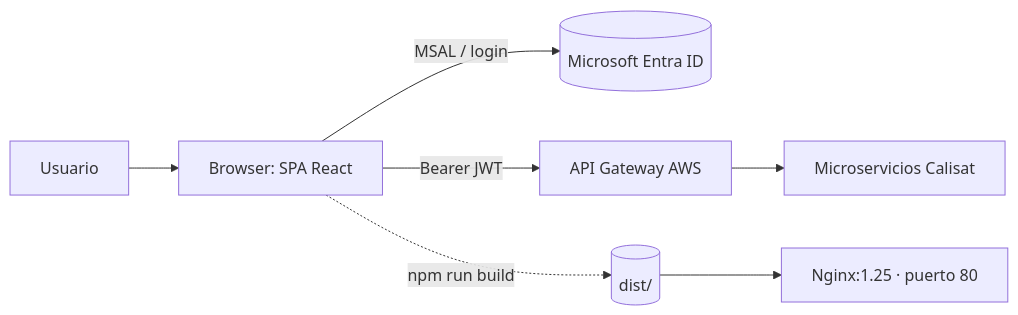
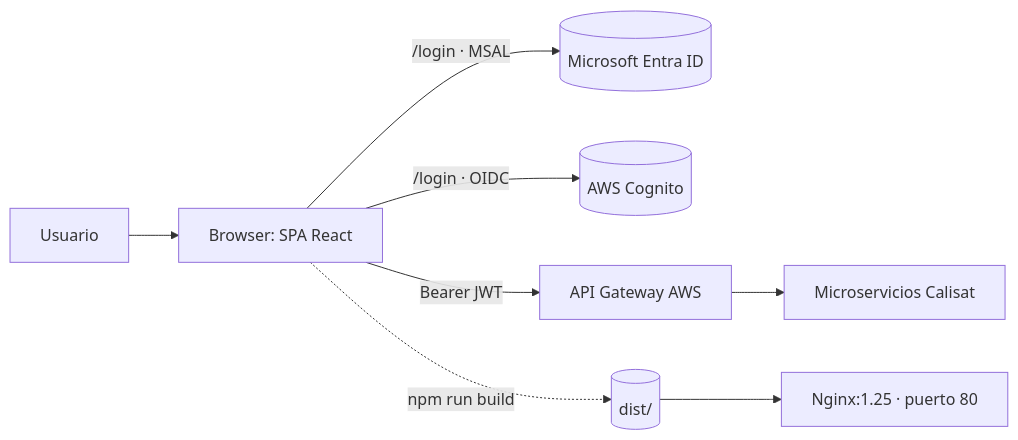
Before and after one commit to DavNat13/calisat-frontend: the diagram in README.md, drawn with Mermaid. The commit also changed other lines of this file, not shown here.

Commit message:
docs(readme): documentar el acceso dual /login, la config de Cognito y la sesion dual en roles

````diff
--- a/README.md
+++ b/README.md
@@ -52,9 +52,10 @@
 ```mermaid
 flowchart LR
     U[Usuario] --> B[Browser: SPA React]
-    B -->|MSAL / login| AAD[(Microsoft Entra ID)]
+    B -->|/login · MSAL| AAD[(Microsoft Entra ID)]
+    B -->|/login · OIDC| COG[(AWS Cognito)]
     B -->|Bearer JWT| GW[API Gateway AWS]
     GW --> MS[Microservicios Calisat]
     B -.->|npm run build| DIST[(dist/)]
     DIST --> NG[Nginx:1.25 · puerto 80]
 ```
````
